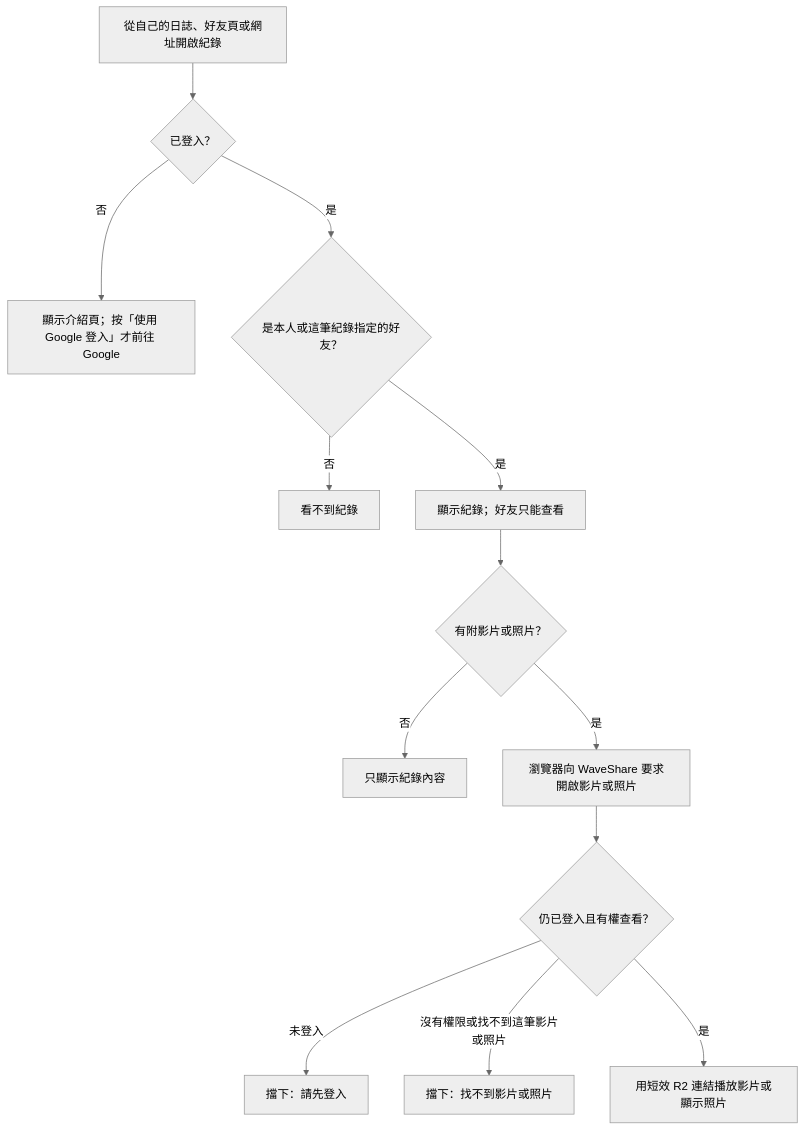
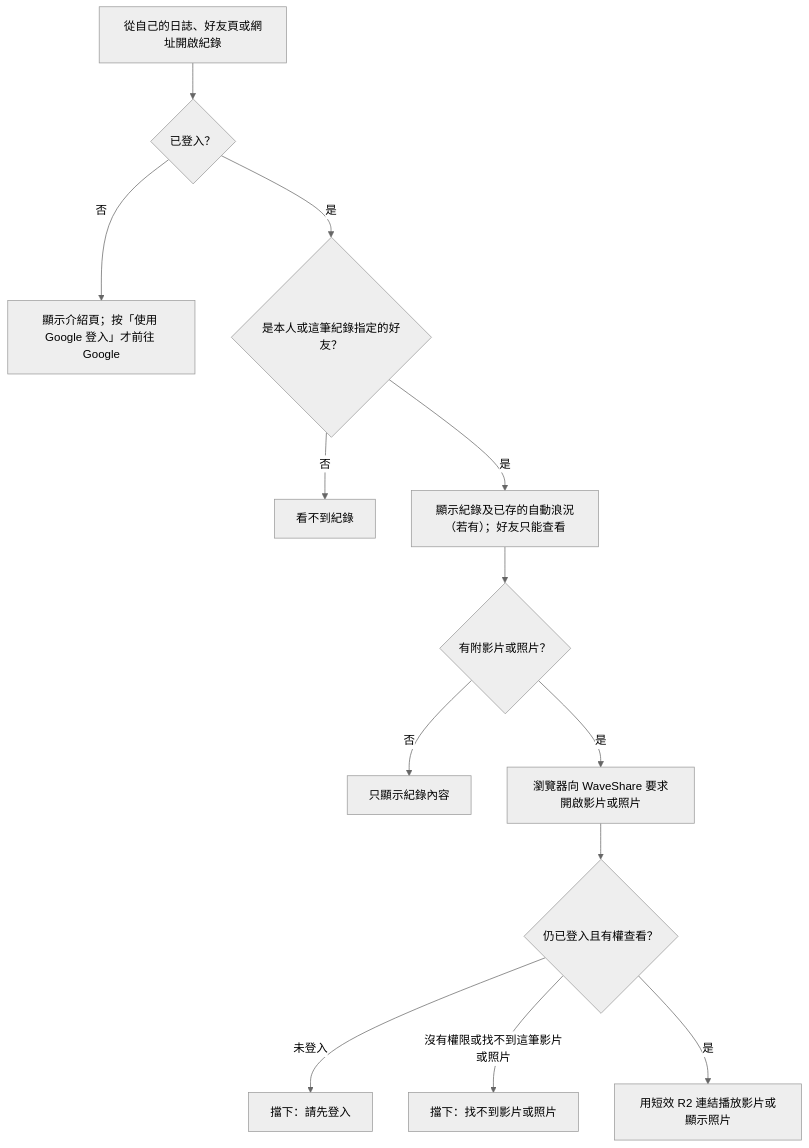
One commit to ChristingChang/waveshare changed the fourth of 7 diagrams in docs/flows.md. Above: the diagram before and after it, drawn with Mermaid (neutral theme). The commit also changed other lines of this file and 4 other files, not shown here.

````diff
--- a/docs/flows.md
+++ b/docs/flows.md
@@ -66,15 +73,15 @@
 ```mermaid
 flowchart TD
     A["從自己的日誌、好友頁或網址開啟紀錄"] --> B{"已登入？"}
     B -->|否| C["顯示介紹頁；按「使用 Google 登入」才前往 Google"]
     B -->|是| D{"是本人或這筆紀錄指定的好友？"}
     D -->|否| E["看不到紀錄"]
-    D -->|是| F["顯示紀錄；好友只能查看"]
+    D -->|是| F["顯示紀錄及已存的自動浪況（若有）；好友只能查看"]
     F --> G{"有附影片或照片？"}
     G -->|否| H["只顯示紀錄內容"]
     G -->|是| I["瀏覽器向 WaveShare 要求開啟影片或照片"]
     I --> J{"仍已登入且有權查看？"}
     J -->|未登入| K["擋下：請先登入"]
     J -->|沒有權限或找不到這筆影片或照片| L["擋下：找不到影片或照片"]
     J -->|是| M["用短效 R2 連結播放影片或顯示照片"]
 ```
````
